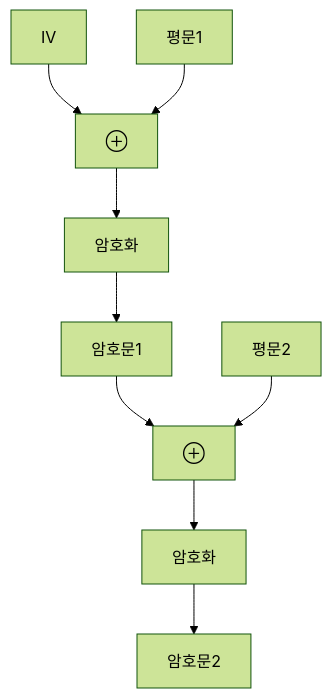
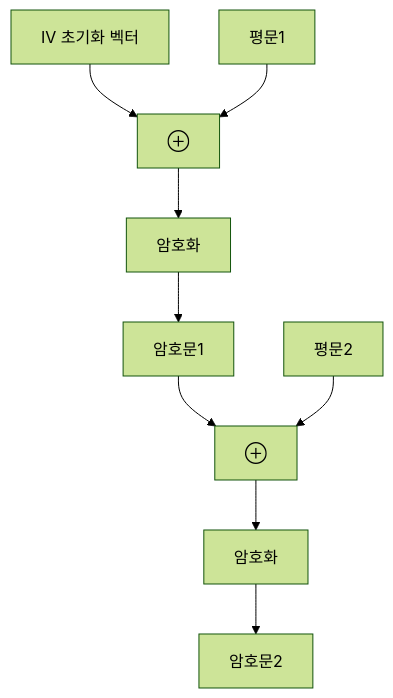
Before and after one commit to youngmin-gwon/what-i-studied: the third of 6 diagrams in 01_inbox/security/fundamentals/block-cipher-modes.md, drawn with Mermaid (forest theme). The commit also changed other lines of this file and 52 other files, not shown here.

````diff
--- a/01_inbox/security/fundamentals/block-cipher-modes.md
+++ b/01_inbox/security/fundamentals/block-cipher-modes.md
@@ -84,10 +89,10 @@
 ```mermaid
 graph TD
-    IV[IV] --> XOR1[⊕]
+    IV[IV 초기화 벡터] --> XOR1[⊕]
     P1[평문1] --> XOR1
     XOR1 --> E1[암호화] --> C1[암호문1]
     
     C1 --> XOR2[⊕]
     P2[평문2] --> XOR2
     XOR2 --> E2[암호화] --> C2[암호문2]
 ```
````
